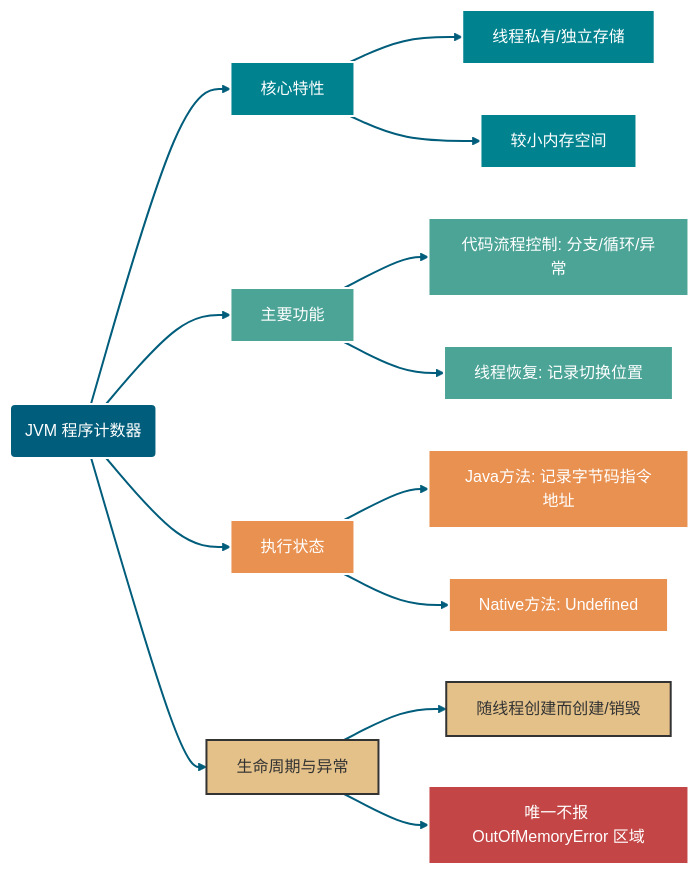
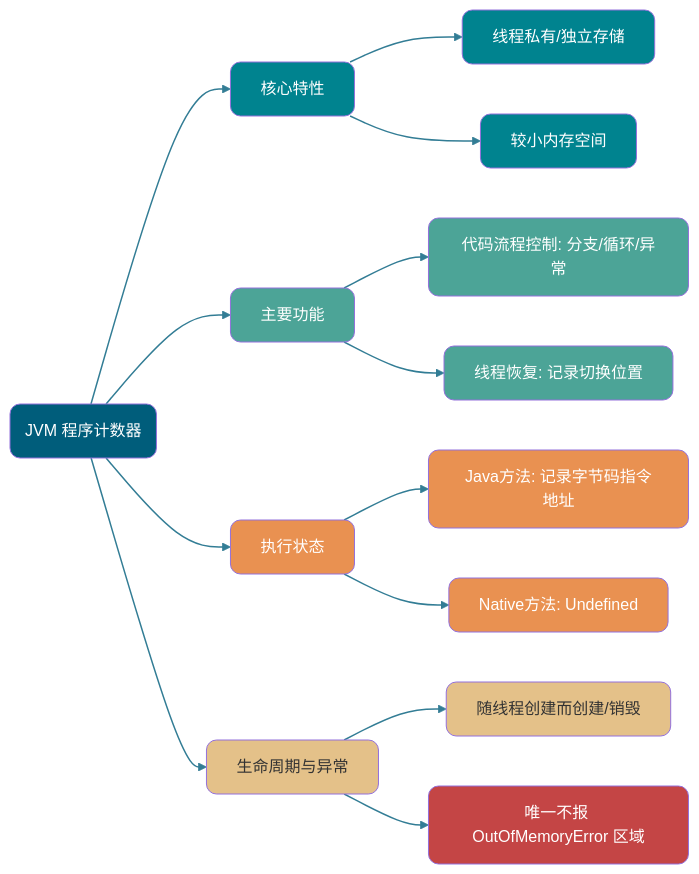
One commit to Snailclimb/JavaGuide changed the first of 9 diagrams in docs/java/jvm/memory-area.md. Above: the diagram before and after it, drawn with Mermaid. The commit also changed other lines of this file and 7 other files, not shown here.

Commit message:
docs：mermaid 配图样式优化

````diff
--- a/docs/java/jvm/memory-area.md
+++ b/docs/java/jvm/memory-area.md
@@ -59,36 +59,36 @@
 ```mermaid
 graph LR
     %% 颜色定义
-    classDef main fill:#005D7B,stroke:#fff,stroke-width:2px,color:#fff;
-    classDef feature fill:#00838F,stroke:#fff,stroke-width:2px,color:#fff;
-    classDef function fill:#4CA497,stroke:#fff,stroke-width:2px,color:#fff;
-    classDef state fill:#E99151,stroke:#fff,stroke-width:2px,color:#fff;
-    classDef lifecycle fill:#E4C189,stroke:#333,stroke-width:2px,color:#333;
-    classDef warning fill:#C44545,stroke:#fff,stroke-width:2px,color:#fff;
+    classDef main fill:#005D7B,color:#fff,rx:10,ry:10;
+    classDef feature fill:#00838F,color:#fff,rx:10,ry:10;
+    classDef function fill:#4CA497,color:#fff,rx:10,ry:10;
+    classDef state fill:#E99151,color:#fff,rx:10,ry:10;
+    classDef lifecycle fill:#E4C189,color:#333,rx:10,ry:10;
+    classDef warning fill:#C44545,color:#fff,rx:10,ry:10;
 
     %% 核心节点
     Root(JVM 程序计数器):::main
 
     %% 分支1：基本特性
     Root --> Attr[核心特性]:::feature
     Attr --> Attr1[线程私有/独立存储]:::feature
     Attr --> Attr2[较小内存空间]:::feature
 
     %% 分支2：核心功能
     Root --> Func[主要功能]:::function
     Func --> Func1[代码流程控制: 分支/循环/异常]:::function
     Func --> Func2[线程恢复: 记录切换位置]:::function
 
     %% 分支3：执行状态
     Root --> Run[执行状态]:::state
     Run --> Run1[Java方法: 记录字节码指令地址]:::state
     Run --> Run2[Native方法: Undefined]:::state
 
     %% 分支4：生命周期与异常
     Root --> Life[生命周期与异常]:::lifecycle
     Life --> Life1[随线程创建而创建/销毁]:::lifecycle
     Life --> Life2[唯一不报 OutOfMemoryError 区域]:::warning
 
     %% 线条样式
-    linkStyle default stroke:#005D7B,stroke-width:2px;
+    linkStyle default stroke:#005D7B,stroke-width:1.5px,opacity:0.8
 ```
````
